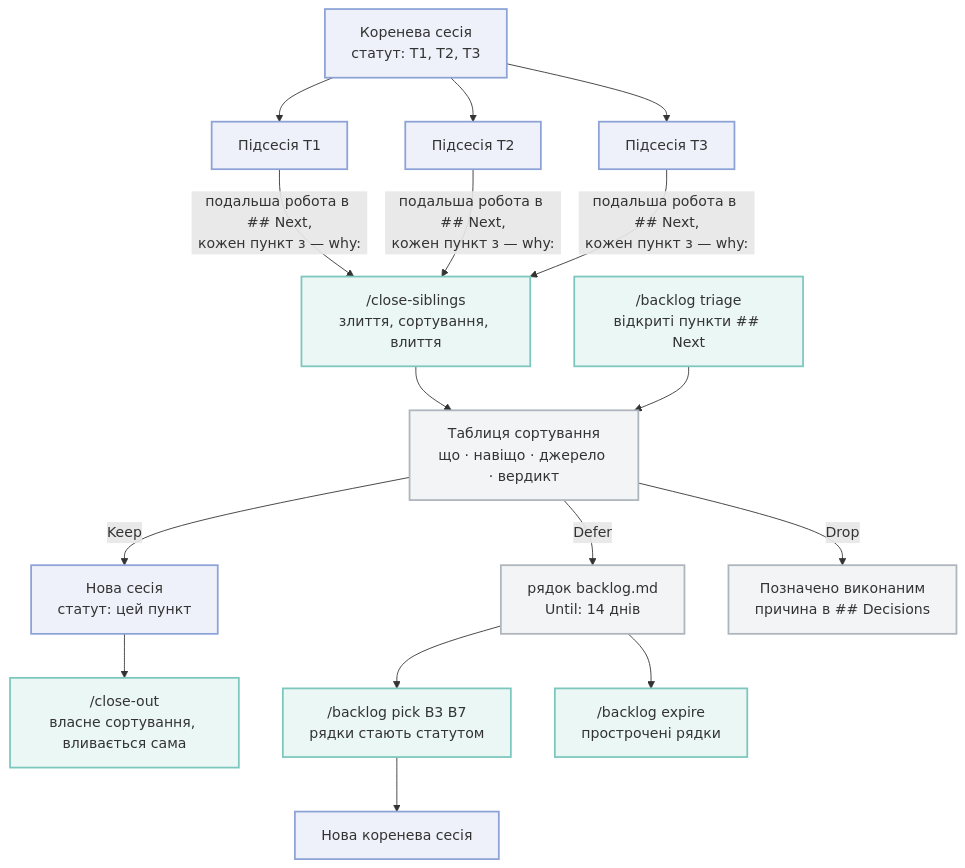
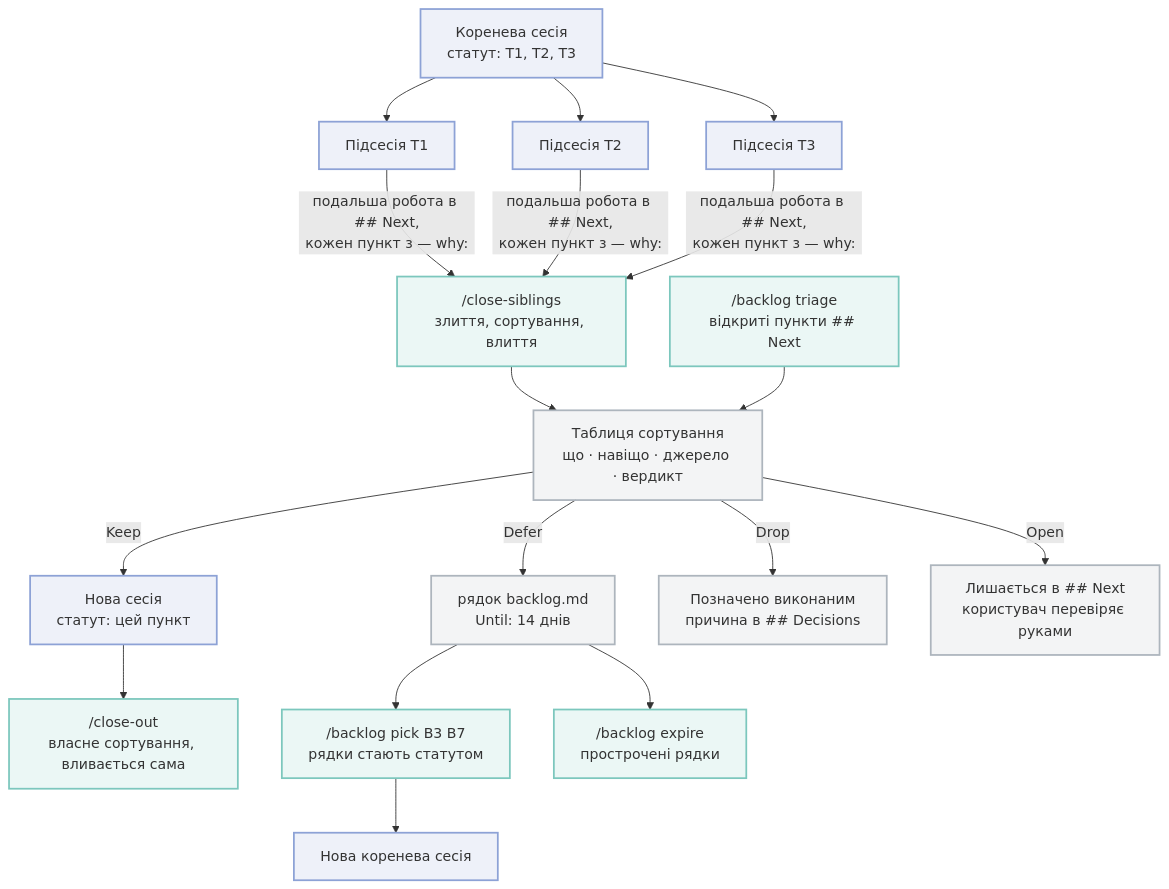
The diagram in plugins/session/README.uk.md (3meyc/agent-kit), drawn with Mermaid before and after one commit. The commit also changed other lines of this file and 16 other files, not shown here.

First line of the commit message:
docs: colour every diagram, start the evolution pages, retire the design banner

````diff
--- a/plugins/session/README.uk.md
+++ b/plugins/session/README.uk.md
@@ -55,20 +55,21 @@
 ```mermaid
 flowchart TD
   R["Коренева сесія<br/>статут: T1, T2, T3"] --> C1["Підсесія T1"] & C2["Підсесія T2"] & C3["Підсесія T3"]
   C1 & C2 & C3 -- "подальша робота в ## Next,<br/>кожен пункт з — why:" --> CS["/close-siblings<br/>злиття, сортування, влиття"]
   CS --> T["Таблиця сортування<br/>що · навіщо · джерело · вердикт"]
   I["/backlog triage<br/>відкриті пункти ## Next"] --> T
   T -- "Keep" --> K["Нова сесія<br/>статут: цей пункт"]
   T -- "Defer" --> B["рядок backlog.md<br/>Until: 14 днів"]
   T -- "Drop" --> D["Позначено виконаним<br/>причина в ## Decisions"]
+  T -- "Open" --> O["Лишається в ## Next<br/>користувач перевіряє руками"]
   K --> CO["/close-out<br/>власне сортування, вливається сама"]
   B --> P["/backlog pick B3 B7<br/>рядки стають статутом"]
   B --> E["/backlog expire<br/>прострочені рядки"]
   P --> R2["Нова коренева сесія"]
   classDef session fill:#8da2d626,stroke:#8da2d6,stroke-width:2px
   classDef command fill:#7cc7bd26,stroke:#7cc7bd,stroke-width:2px
   classDef record fill:#adb5bd26,stroke:#adb5bd,stroke-width:2px
   class R,C1,C2,C3,K,R2 session
   class CS,I,CO,P,E command
-  class T,B,D record
+  class T,B,D,O record
 ```
````
